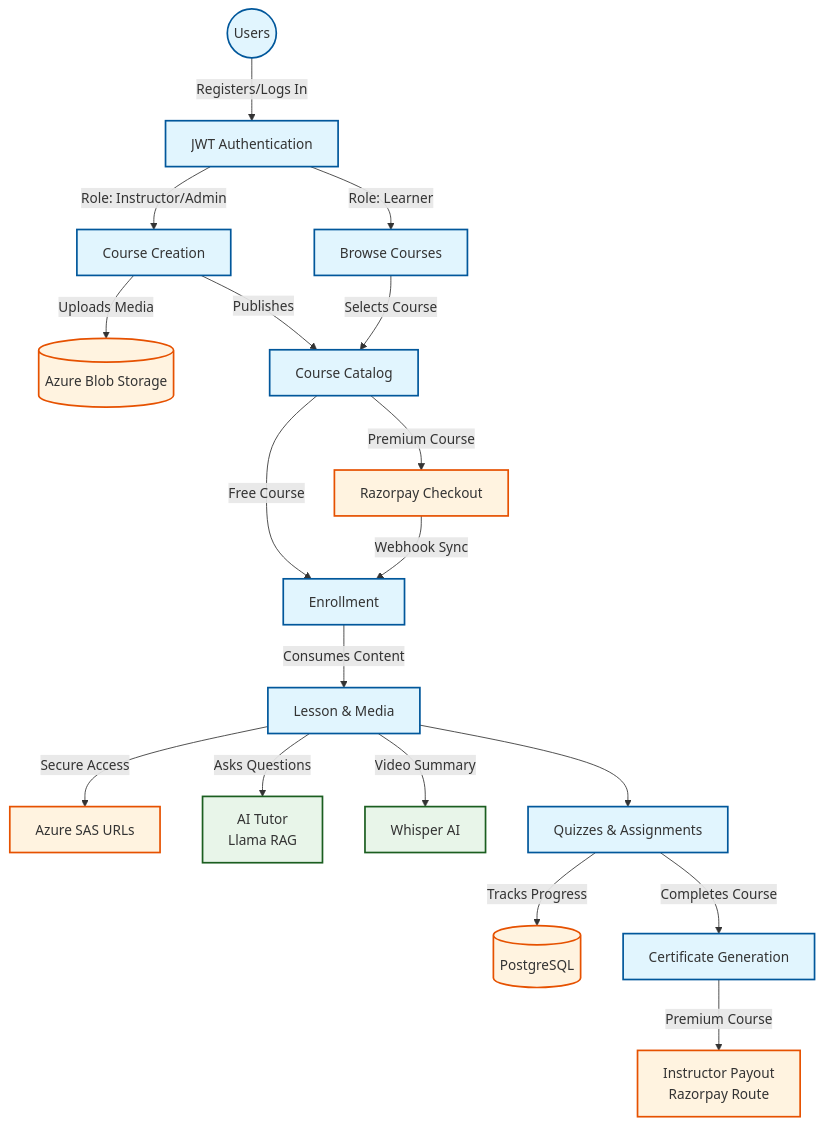
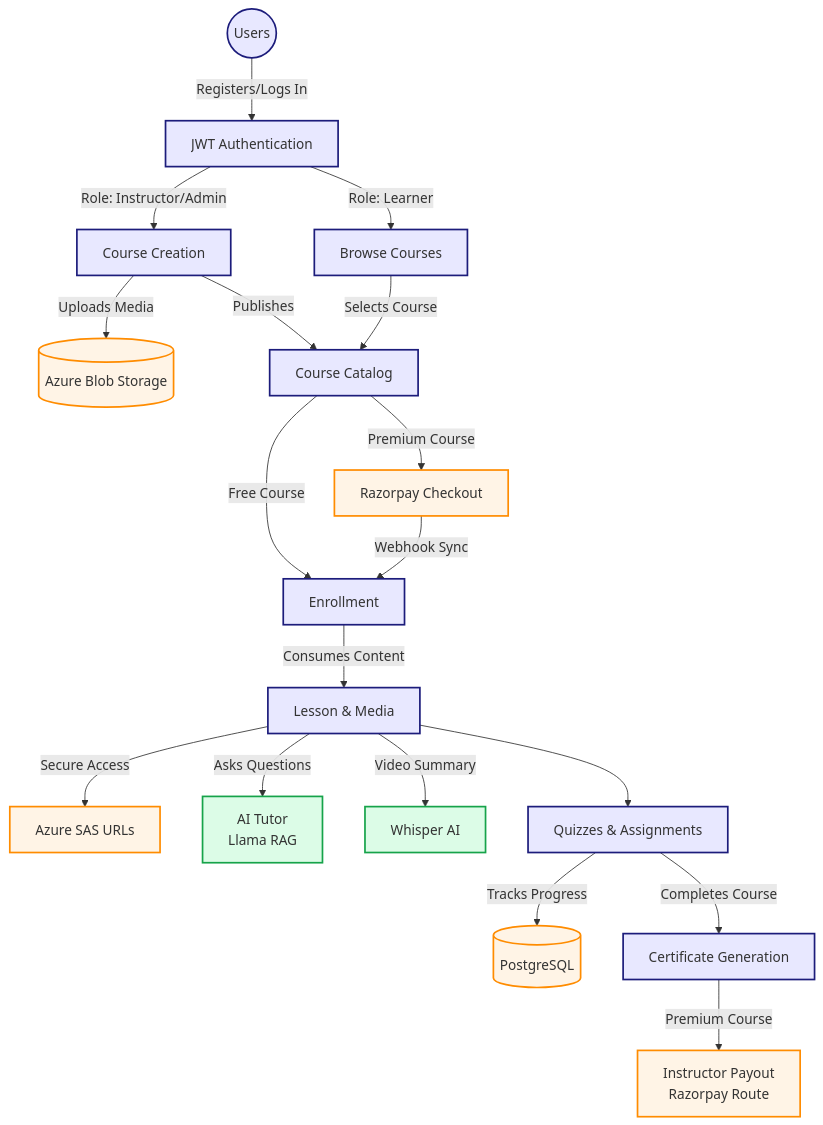
The diagram in README.md (vigneshwaranbalamurugan/Learning-Management-System), drawn with Mermaid before and after one commit. The commit also changed other lines of this file, not shown here.

````diff
--- a/README.md
+++ b/README.md
@@ -76,39 +72,39 @@
 ```mermaid
 graph TD
     %% User Roles
     U((Users)) -->|Registers/Logs In| Auth[JWT Authentication]
     Auth -->|Role: Instructor/Admin| IC[Course Creation]
     Auth -->|Role: Learner| L[Browse Courses]
     
     %% Instructor Flow
     IC -->|Uploads Media| AzureBlob[(Azure Blob Storage)]
     IC -->|Publishes| CourseCatalog[Course Catalog]
     
     %% Learner Flow
     L -->|Selects Course| CourseCatalog
     CourseCatalog -->|Free Course| E[Enrollment]
     CourseCatalog -->|Premium Course| Payment[Razorpay Checkout]
     Payment -->|Webhook Sync| E
     
     %% Learning Experience
     E -->|Consumes Content| Lesson[Lesson & Media]
     Lesson -->|Secure Access| SAS[Azure SAS URLs]
     Lesson -->|Asks Questions| AI[AI Tutor <br/>Llama RAG]
     Lesson -->|Video Summary| Whisper[Whisper AI]
     
     %% Assessments & Completion
     Lesson --> Quiz[Quizzes & Assignments]
     Quiz -->|Tracks Progress| DB[(PostgreSQL)]
     Quiz -->|Completes Course| Cert[Certificate Generation]
     
     %% Payouts
     Cert -->|Premium Course| Payout[Instructor Payout <br/>Razorpay Route]
     
-    classDef primary fill:#e1f5fe,stroke:#01579b,stroke-width:2px;
-    classDef secondary fill:#fff3e0,stroke:#e65100,stroke-width:2px;
-    classDef external fill:#e8f5e9,stroke:#1b5e20,stroke-width:2px;
+    classDef primary fill:#E8E8FF,stroke:#1C1C7B,stroke-width:2px;
+    classDef secondary fill:#FFF4E6,stroke:#FF8C00,stroke-width:2px;
+    classDef external fill:#DCFCE7,stroke:#16A34A,stroke-width:2px;
     
     class U,Auth,L,IC,CourseCatalog,E,Lesson,Quiz,Cert primary;
     class Payment,Payout,AzureBlob,SAS,DB secondary;
     class AI,Whisper external;
 ```
````
